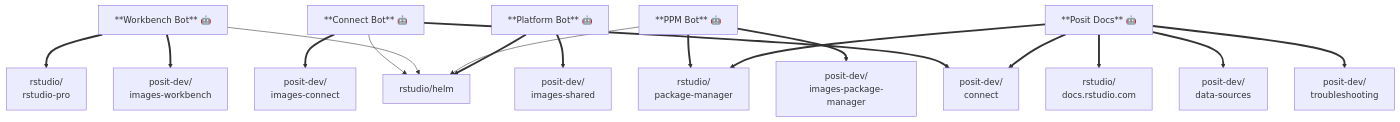
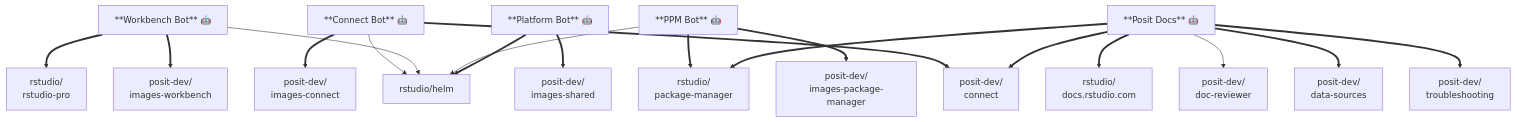
Before and after one commit to posit-dev/images-shared: the first of 6 diagrams in pulumi/github/github-apps/README.md, drawn with Mermaid. The commit also changed other lines of this file and 1 other file, not shown here.

Commit message:
Add posit-docs bot for doc-reviewer
The posit-docs GitHub App runs the doc-reviewer skill on PRs
across both orgs. Uses existing secret names (POSIT_DOCS_APP_ID,
POSIT_DOCS_PEM) via the secretPrefix config option.

The doc-reviewer repo itself only needs the app installed (no
secrets) since it hosts the reusable workflow. Calling repos
get the secrets to authenticate as the app.

````diff
--- a/pulumi/github/github-apps/README.md
+++ b/pulumi/github/github-apps/README.md
@@ -37,29 +37,30 @@
 ```mermaid
 graph TD
     CB["**Connect Bot** 🤖"]
     WB["**Workbench Bot** 🤖"]
     PB["**PPM Bot** 🤖"]
     PLB["**Platform Bot** 🤖"]
 
     CB ==> PCT["posit-dev/<br/>connect"]
     CB ==> IC["posit-dev/<br/>images-connect"]
     CB --> HELM["rstudio/helm"]
 
     WB ==> IW["posit-dev/<br/>images-workbench"]
     WB ==> RSP["rstudio/<br/>rstudio-pro"]
     WB --> HELM
 
     PB ==> IP["posit-dev/<br/>images-package-manager"]
     PB ==> PPM["rstudio/<br/>package-manager"]
     PB --> HELM
 
     PLB ==> IS["posit-dev/<br/>images-shared"]
     PLB ==> HELM
 
     PD["**Posit Docs** 🤖"]
     PD ==> PCT
     PD ==> TS["posit-dev/<br/>troubleshooting"]
     PD ==> DS["posit-dev/<br/>data-sources"]
+    PD --> DR["posit-dev/<br/>doc-reviewer"]
     PD ==> DOCS["rstudio/<br/>docs.rstudio.com"]
     PD ==> PPM
 ```
````
